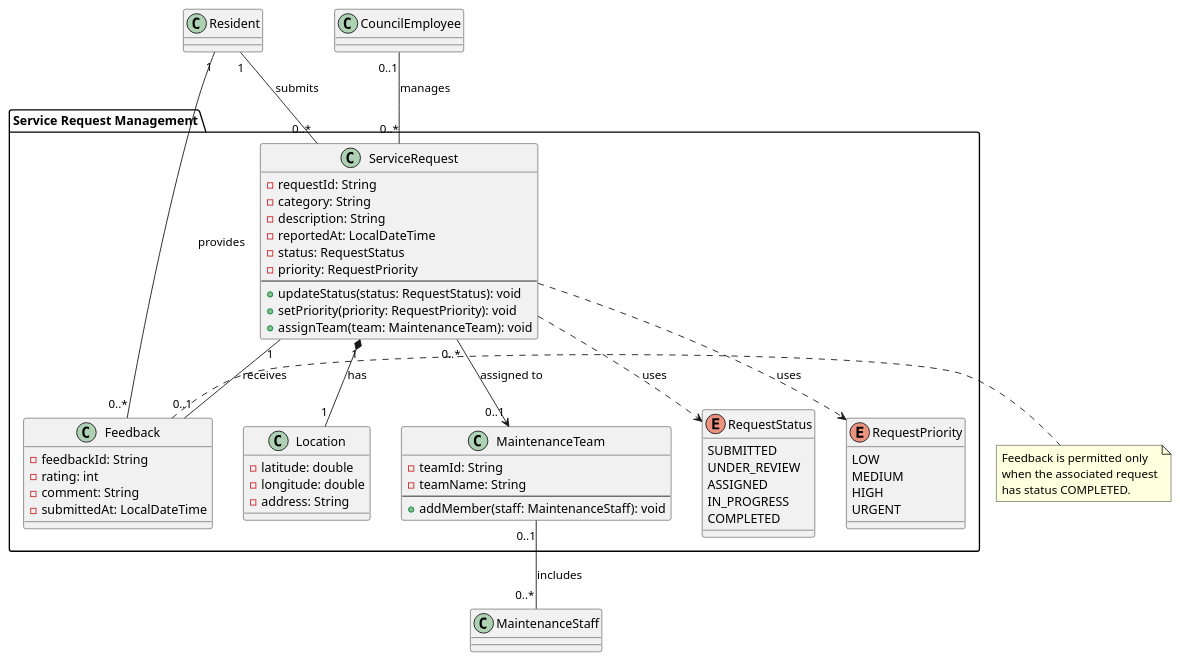
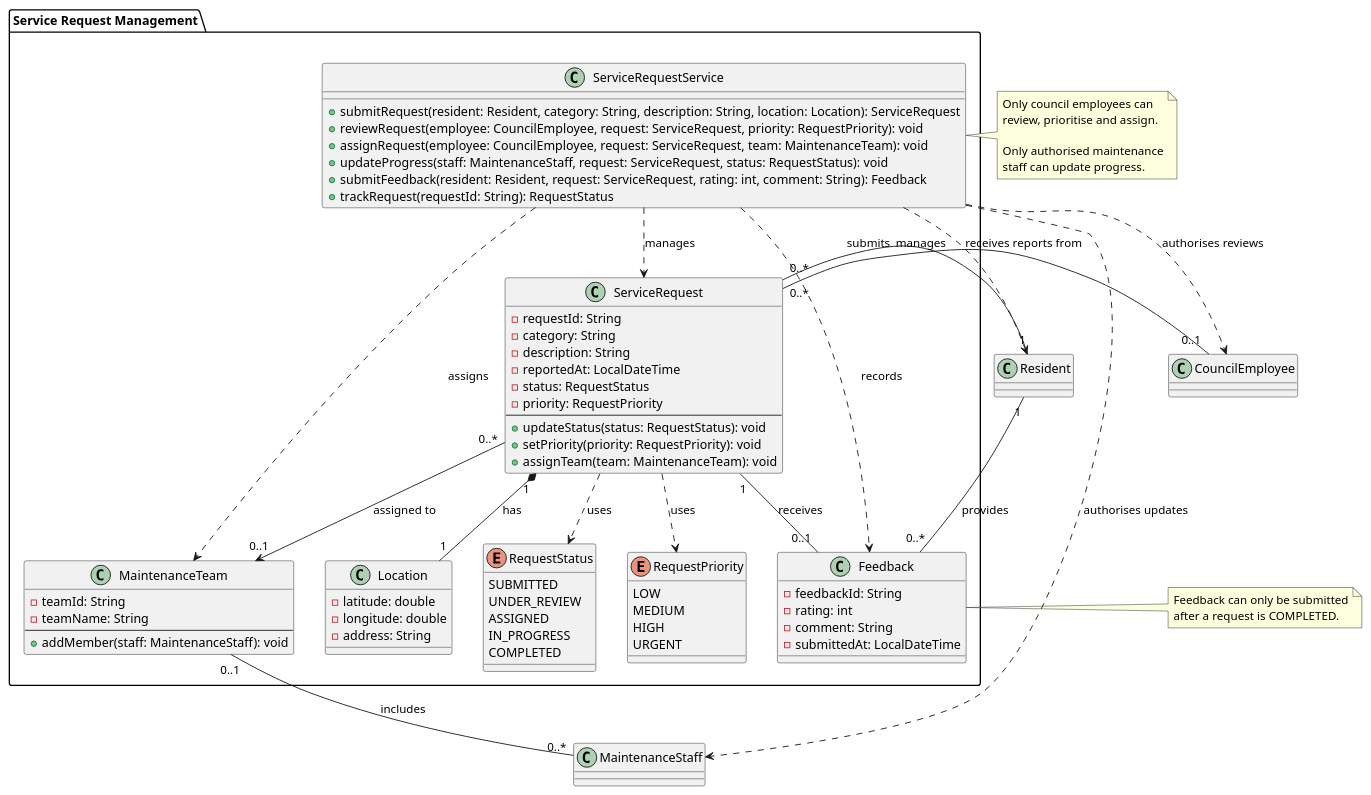
One commit to gg-sajanbasnet/ICT602-MEL_S2_2026-1 changed the diagram in docs/uml/modules/service-request.puml. Above: the diagram before and after it, drawn with PlantUML. The commit also changed 1 other file, not shown here.

Commit message:
docs(uml): refine service request domain and application service

```diff
--- a/docs/uml/modules/service-request.puml
+++ b/docs/uml/modules/service-request.puml
@@ -1,79 +1,106 @@
-
-' =========================================
-' SERVICE REQUEST MANAGEMENT MODULE
-' =========================================
 
 package "Service Request Management" {
-
 
   class ServiceRequest {
     - requestId: String
     - category: String
     - description: String
     - reportedAt: LocalDateTime
     - status: RequestStatus
     - priority: RequestPriority
     --
     + updateStatus(status: RequestStatus): void
     + setPriority(priority: RequestPriority): void
     + assignTeam(team: MaintenanceTeam): void
   }
 
   class Location {
     - latitude: double
     - longitude: double
     - address: String
   }
 
   class MaintenanceTeam {
     - teamId: String
     - teamName: String
     --
     + addMember(staff: MaintenanceStaff): void
   }
 
   class Feedback {
     - feedbackId: String
     - rating: int
     - comment: String
     - submittedAt: LocalDateTime
   }
 
+  class ServiceRequestService {
+    + submitRequest(resident: Resident, category: String, description: String, location: Location): ServiceRequest
+    + reviewRequest(employee: CouncilEmployee, request: ServiceRequest, priority: RequestPriority): void
+    + assignRequest(employee: CouncilEmployee, request: ServiceRequest, team: MaintenanceTeam): void
+    + updateProgress(staff: MaintenanceStaff, request: ServiceRequest, status: RequestStatus): void
+    + submitFeedback(resident: Resident, request: ServiceRequest, rating: int, comment: String): Feedback
+    + trackRequest(requestId: String): RequestStatus
+  }
+
   enum RequestStatus {
     SUBMITTED
     UNDER_REVIEW
     ASSIGNED
     IN_PROGRESS
     COMPLETED
   }
 
   enum RequestPriority {
     LOW
     MEDIUM
     HIGH
     URGENT
   }
 }
 
-note right of Feedback
-  Feedback is permitted only
-  when the associated request
-  has status COMPLETED.
-end note
 ' =========================================
-' SERVICE REQUEST RELATIONSHIPS
+' DOMAIN RELATIONSHIPS
 ' =========================================
 
 Resident "1" -- "0..*" ServiceRequest : submits
 Resident "1" -- "0..*" Feedback : provides
 
 ServiceRequest "1" *-- "1" Location : has
+
 ServiceRequest "0..*" --> "0..1" MaintenanceTeam : assigned to
 ServiceRequest "1" -- "0..1" Feedback : receives
 
 MaintenanceTeam "0..1" -- "0..*" MaintenanceStaff : includes
-
 CouncilEmployee "0..1" -- "0..*" ServiceRequest : manages
 
 ServiceRequest ..> RequestStatus : uses
 ServiceRequest ..> RequestPriority : uses
+
+' =========================================
+' APPLICATION SERVICE DEPENDENCIES
+' =========================================
+
+ServiceRequestService ..> ServiceRequest : manages
+ServiceRequestService ..> Resident : receives reports from
+ServiceRequestService ..> CouncilEmployee : authorises reviews
+ServiceRequestService ..> MaintenanceStaff : authorises updates
+ServiceRequestService ..> MaintenanceTeam : assigns
+ServiceRequestService ..> Feedback : records
+
+' =========================================
+' BUSINESS RULES
+' =========================================
+
+note right of Feedback
+  Feedback can only be submitted
+  after a request is COMPLETED.
+end note
+
+note right of ServiceRequestService
+  Only council employees can
+  review, prioritise and assign.
+
+  Only authorised maintenance
+  staff can update progress.
+end note
```
